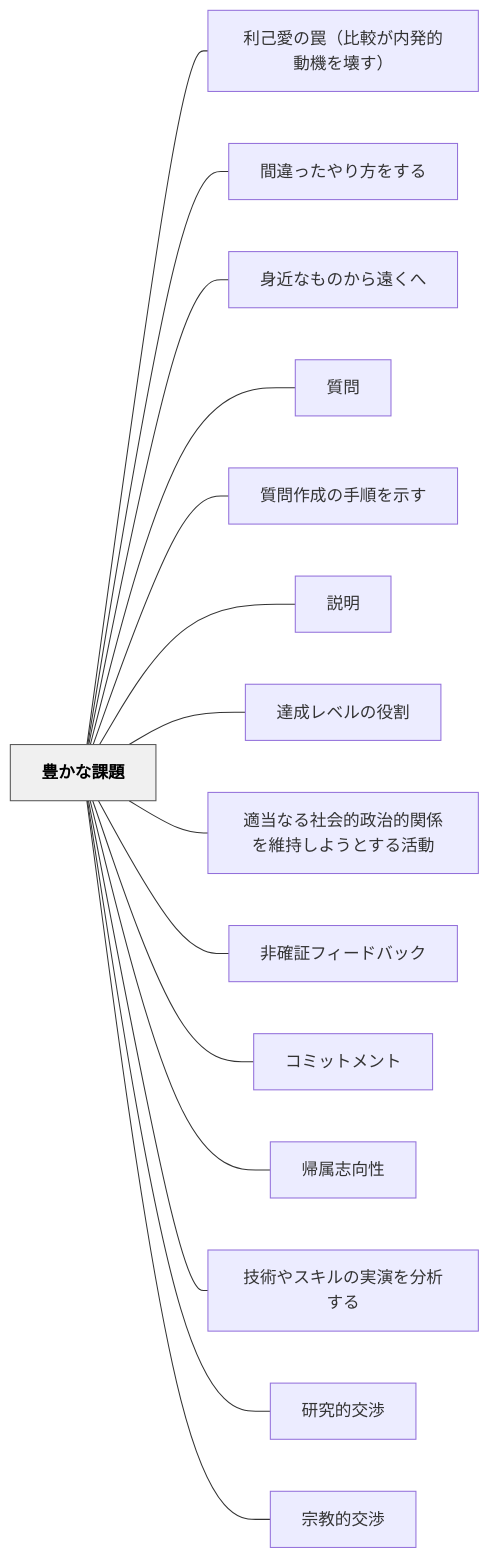
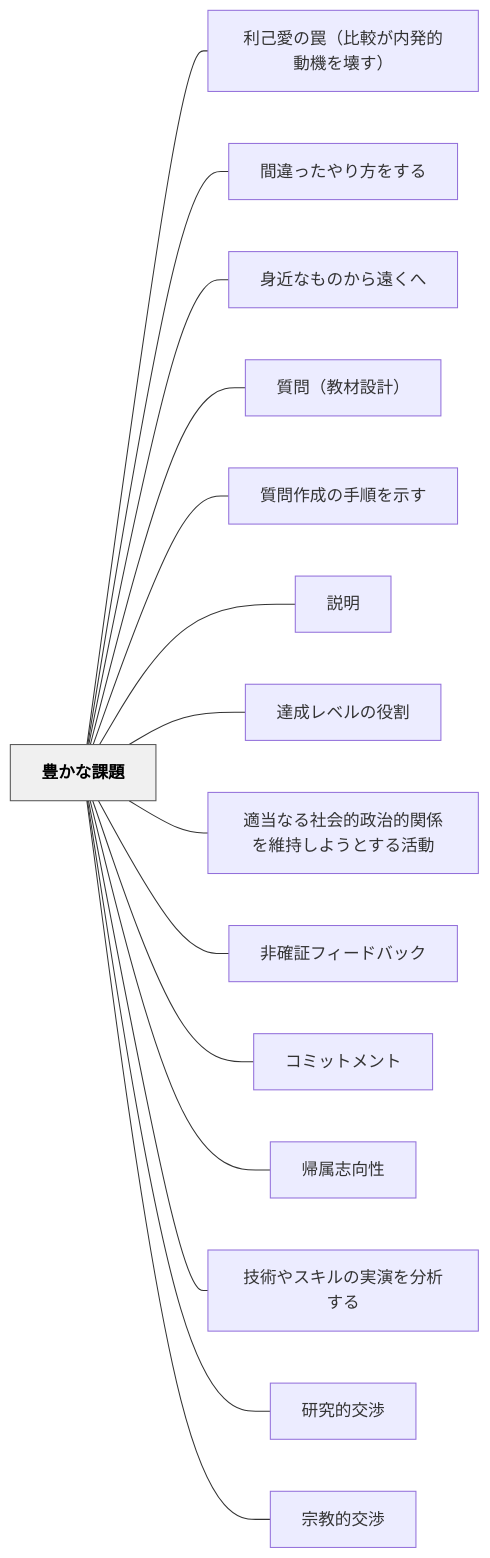
The diagram in content/パタン/豊かな課題.md (unknownthings-ed-patterns/unknownthings-ed-patterns), drawn with Mermaid before and after one commit. The commit also changed other lines of this file and 9 other files, not shown here.

````diff
--- a/content/パタン/豊かな課題.md
+++ b/content/パタン/豊かな課題.md
@@ -191,36 +191,36 @@
 ```mermaid
 flowchart LR
     ne8b18ae3818be381aae8aab2e9a18c["豊かな課題"]
     ne588a9e5b7b1e6849be381aee7bda0efbc88e6af94e8bc83e3818ce58685e799bae79a84e58b95e6a99fe38292e5a38ae38199efbc89["利己愛の罠（比較が内発的動機を壊す）"]
     ne99693e98195e381a3e3819fe38284e3828ae696b9e38292e38199e3828b["間違ったやり方をする"]
     ne8baabe8bf91e381aae38282e381aee3818be38289e981a0e3818fe381b8["身近なものから遠くへ"]
-    ne8b3aae5958f["質問"]
+    ne8b3aae5958fefbc88e69599e69d90e8a8ade8a888efbc89["質問（教材設計）"]
     ne8b3aae5958fe4bd9ce68890e381aee6898be9a086e38292e7a4bae38199["質問作成の手順を示す"]
     ne8aaace6988e["説明"]
     ne98194e68890e383ace38399e383abe381aee5bdb9e589b2["達成レベルの役割"]
     ne981a9e5bd93e381aae3828be7a4bee4bc9ae79a84e694bfe6b2bbe79a84e996a2e4bf82e38292e7b6ade68c81e38197e38288e38186e381a8e38199e3828be6b4bbe58b95["適当なる社会的政治的関係を維持しようとする活動"]
     ne99d9ee7a2bae8a8bce38395e382a3e383bce38389e38390e38383e382af["非確証フィードバック"]
     ne382b3e3839fe38383e38388e383a1e383b3e38388["コミットメント"]
     ne5b8b0e5b19ee5bf97e59091e680a7["帰属志向性"]
     ne68a80e8a193e38284e382b9e382ade383abe381aee5ae9fe6bc94e38292e58886e69e90e38199e3828b["技術やスキルの実演を分析する"]
     ne7a094e7a9b6e79a84e4baa4e6b889["研究的交渉"]
     ne5ae97e69599e79a84e4baa4e6b889["宗教的交渉"]
 
     ne8b18ae3818be381aae8aab2e9a18c --- ne588a9e5b7b1e6849be381aee7bda0efbc88e6af94e8bc83e3818ce58685e799bae79a84e58b95e6a99fe38292e5a38ae38199efbc89
     ne8b18ae3818be381aae8aab2e9a18c --- ne99693e98195e381a3e3819fe38284e3828ae696b9e38292e38199e3828b
     ne8b18ae3818be381aae8aab2e9a18c --- ne8baabe8bf91e381aae38282e381aee3818be38289e981a0e3818fe381b8
-    ne8b18ae3818be381aae8aab2e9a18c --- ne8b3aae5958f
+    ne8b18ae3818be381aae8aab2e9a18c --- ne8b3aae5958fefbc88e69599e69d90e8a8ade8a888efbc89
     ne8b18ae3818be381aae8aab2e9a18c --- ne8b3aae5958fe4bd9ce68890e381aee6898be9a086e38292e7a4bae38199
     ne8b18ae3818be381aae8aab2e9a18c --- ne8aaace6988e
     ne8b18ae3818be381aae8aab2e9a18c --- ne98194e68890e383ace38399e383abe381aee5bdb9e589b2
     ne8b18ae3818be381aae8aab2e9a18c --- ne981a9e5bd93e381aae3828be7a4bee4bc9ae79a84e694bfe6b2bbe79a84e996a2e4bf82e38292e7b6ade68c81e38197e38288e38186e381a8e38199e3828be6b4bbe58b95
     ne8b18ae3818be381aae8aab2e9a18c --- ne99d9ee7a2bae8a8bce38395e382a3e383bce38389e38390e38383e382af
     ne8b18ae3818be381aae8aab2e9a18c --- ne382b3e3839fe38383e38388e383a1e383b3e38388
     ne8b18ae3818be381aae8aab2e9a18c --- ne5b8b0e5b19ee5bf97e59091e680a7
     ne8b18ae3818be381aae8aab2e9a18c --- ne68a80e8a193e38284e382b9e382ade383abe381aee5ae9fe6bc94e38292e58886e69e90e38199e3828b
     ne8b18ae3818be381aae8aab2e9a18c --- ne7a094e7a9b6e79a84e4baa4e6b889
     ne8b18ae3818be381aae8aab2e9a18c --- ne5ae97e69599e79a84e4baa4e6b889
 
     classDef hub fill:#f0f0f0,stroke:#555,color:#000,font-weight:bold
     class ne8b18ae3818be381aae8aab2e9a18c hub
 ```
````
